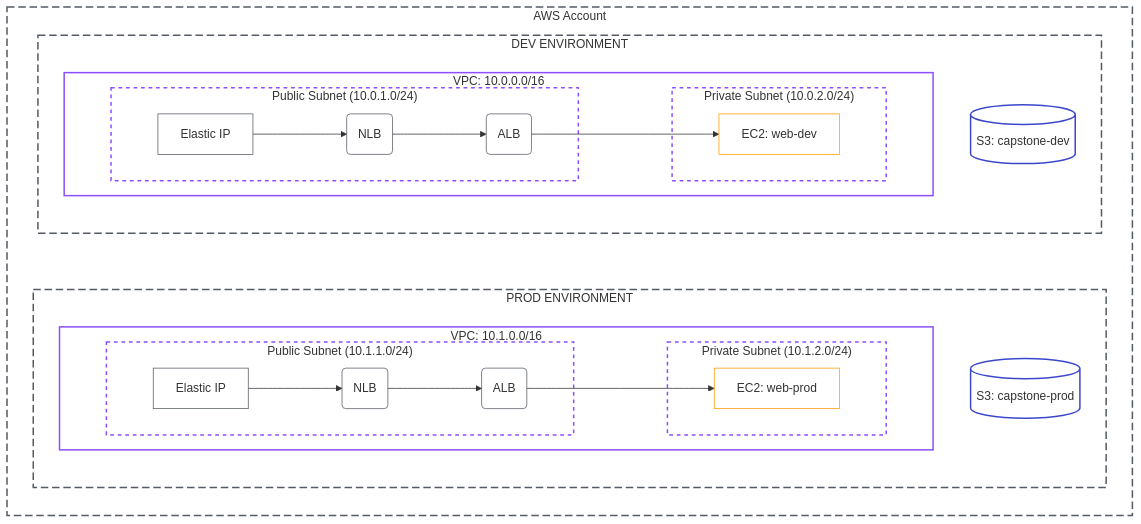
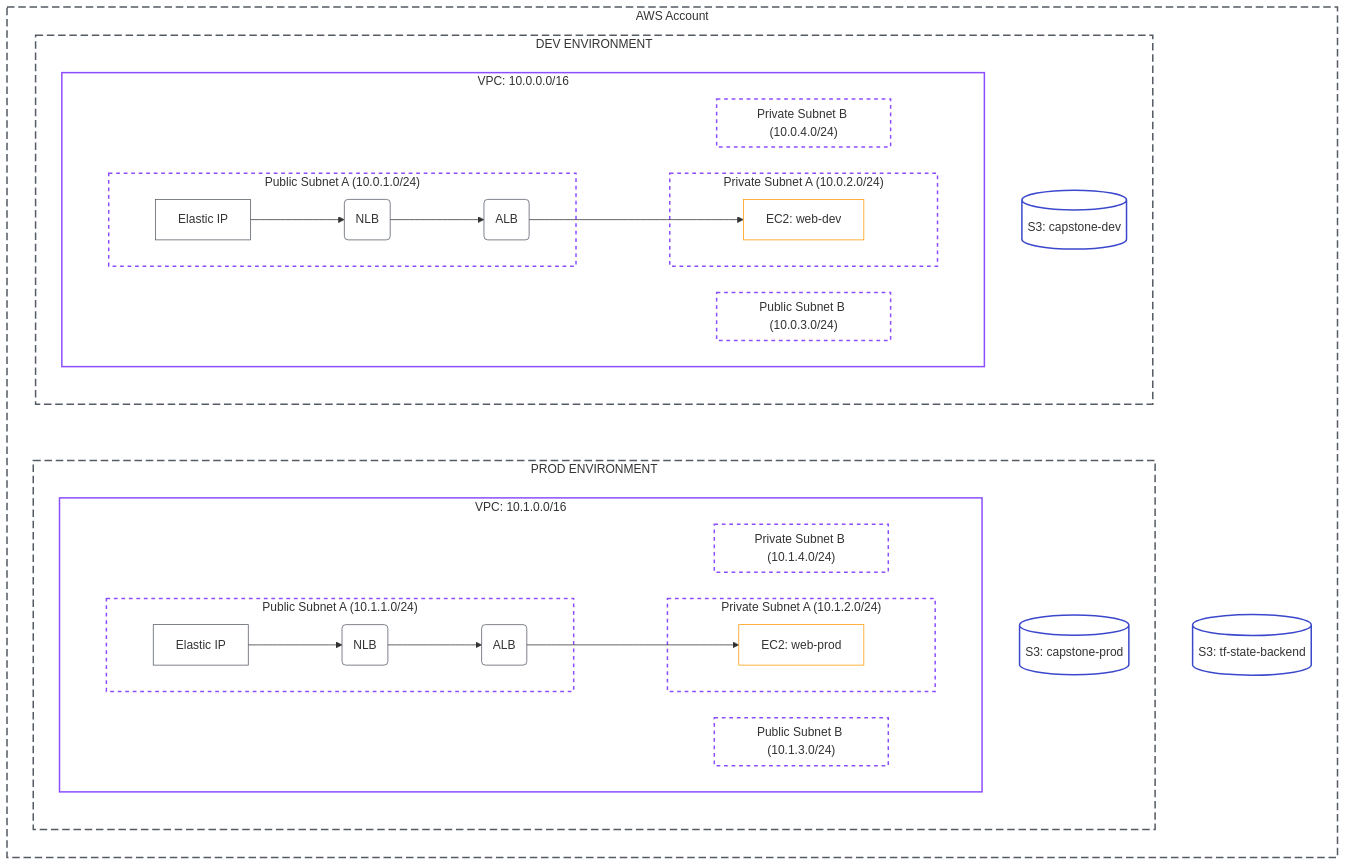
Before and after one commit to luhur-acn/intern-labs: the first of 2 diagrams in labs/Project_Capstone_Import.md, drawn with Mermaid. The commit also changed other lines of this file, not shown here.

Commit message:
docs: Enhance project specification with detailed networking, compute, load balancing, and storage requirements, updated architecture diagram, and CLI/SDK discovery steps.

````diff
--- a/labs/Project_Capstone_Import.md
+++ b/labs/Project_Capstone_Import.md
@@ -9,54 +24,63 @@
 ```mermaid
 graph TD
     %% Styling (AWS Standards)
     classDef vpc fill:none,stroke:#8c4fff,stroke-width:2px;
     classDef subnet fill:none,stroke:#8c4fff,stroke-width:2px,stroke-dasharray: 5 5;
     classDef compute fill:none,stroke:#ff9900,stroke-width:1px;
     classDef s3 fill:none,stroke:#3b48cc,stroke-width:2px;
     classDef env fill:none,stroke:#545b64,stroke-width:2px,stroke-dasharray: 10 5;
     classDef external fill:none,stroke:#545b64,stroke-width:1px;
 
     subgraph AWS_Acc ["AWS Account"]
         direction TB
 
         subgraph DevEnv ["DEV ENVIRONMENT"]
             direction TB
             subgraph DevVPC ["VPC: 10.0.0.0/16"]
-                subgraph DevPub ["Public Subnet (10.0.1.0/24)"]
+                subgraph DevPub ["Public Subnet A (10.0.1.0/24)"]
                     D_EIP[Elastic IP] --> D_NLB(NLB)
                     D_NLB --> D_ALB(ALB)
                 end
-                subgraph DevPriv ["Private Subnet (10.0.2.0/24)"]
+                subgraph DevPubB ["Public Subnet B (10.0.3.0/24)"]
+                end
+                subgraph DevPriv ["Private Subnet A (10.0.2.0/24)"]
                     D_ALB --> D_EC2[EC2: web-dev]
+                end
+                subgraph DevPrivB ["Private Subnet B (10.0.4.0/24)"]
                 end
             end
             D_S3[(S3: capstone-dev)]
         end
 
-        %% Force vertical stacking
         DevEnv ~~~ ProdEnv
 
         subgraph ProdEnv ["PROD ENVIRONMENT"]
             direction TB
             subgraph ProdVPC ["VPC: 10.1.0.0/16"]
-                subgraph ProdPub ["Public Subnet (10.1.1.0/24)"]
+                subgraph ProdPub ["Public Subnet A (10.1.1.0/24)"]
                     P_EIP[Elastic IP] --> P_NLB(NLB)
                     P_NLB --> P_ALB(ALB)
                 end
-                subgraph ProdPriv ["Private Subnet (10.1.2.0/24)"]
+                subgraph ProdPubB ["Public Subnet B (10.1.3.0/24)"]
+                end
+                subgraph ProdPriv ["Private Subnet A (10.1.2.0/24)"]
                     P_ALB --> P_EC2[EC2: web-prod]
+                end
+                subgraph ProdPrivB ["Private Subnet B (10.1.4.0/24)"]
                 end
             end
             P_S3[(S3: capstone-prod)]
         end
+
+        TFState[(S3: tf-state-backend)]
     end
 
     %% Assign Classes
     class DevEnv,ProdEnv env;
     class DevVPC,ProdVPC vpc;
-    class DevPub,DevPriv,ProdPub,ProdPriv subnet;
+    class DevPub,DevPubB,DevPriv,DevPrivB,ProdPub,ProdPubB,ProdPriv,ProdPrivB subnet;
     class D_EC2,P_EC2 compute;
-    class D_S3,P_S3 s3;
+    class D_S3,P_S3,TFState s3;
     class D_EIP,D_NLB,D_ALB,P_EIP,P_NLB,P_ALB external;
     class AWS_Acc env;
 ```
````
